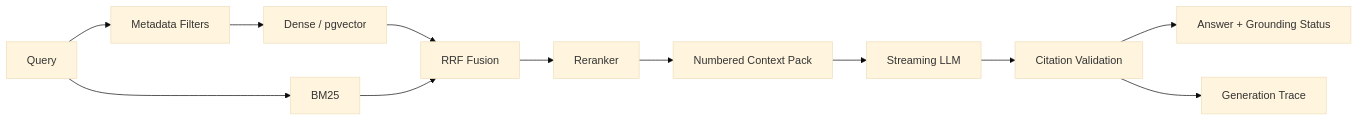
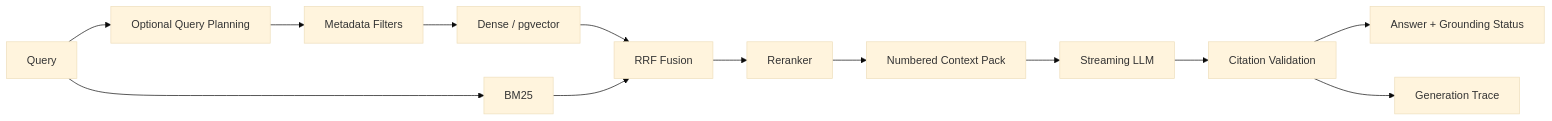
Before and after one commit to quanzhan-zzz/policy-rag-studio: the third of 3 diagrams in docs/architecture.md, drawn with Mermaid (base theme). The commit also changed other lines of this file and 31 other files, not shown here.

````diff
--- a/docs/architecture.md
+++ b/docs/architecture.md
@@ -128,14 +135,15 @@
 ```mermaid
 flowchart LR
-    Q[Query] --> F[Metadata Filters]
+    Q[Query] --> P[Optional Query Planning]
+    P --> F[Metadata Filters]
     F --> D[Dense / pgvector]
     Q --> B[BM25]
     D --> RRF[RRF Fusion]
     B --> RRF
     RRF --> R[Reranker]
     R --> CTX[Numbered Context Pack]
     CTX --> GEN[Streaming LLM]
     GEN --> V[Citation Validation]
     V --> ANS[Answer + Grounding Status]
     V --> TRACE[Generation Trace]
 ```
````
